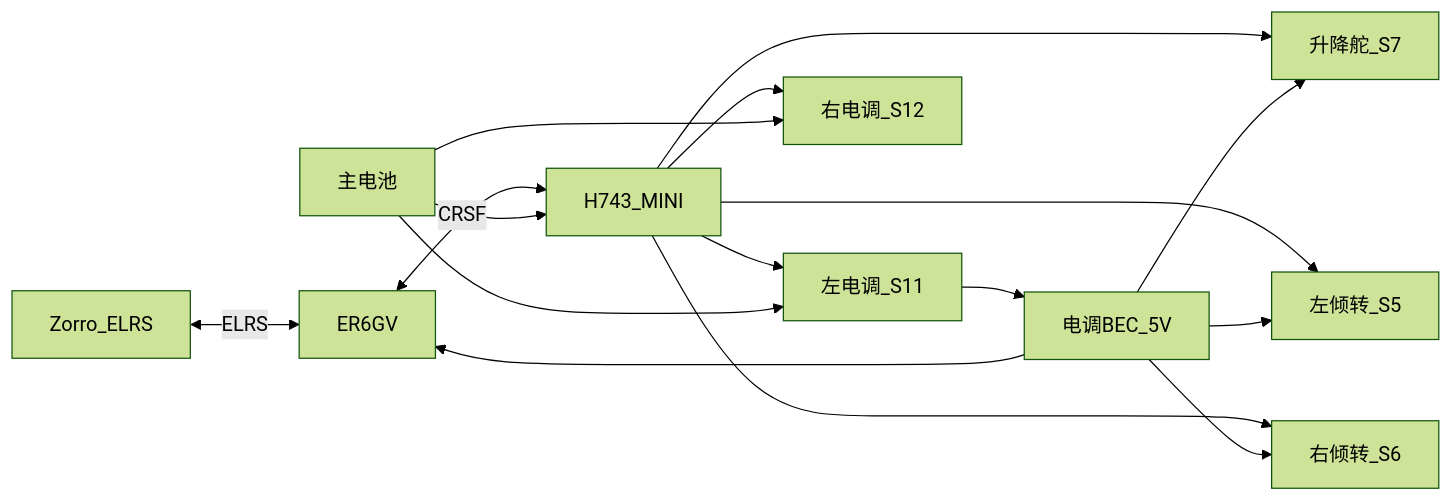
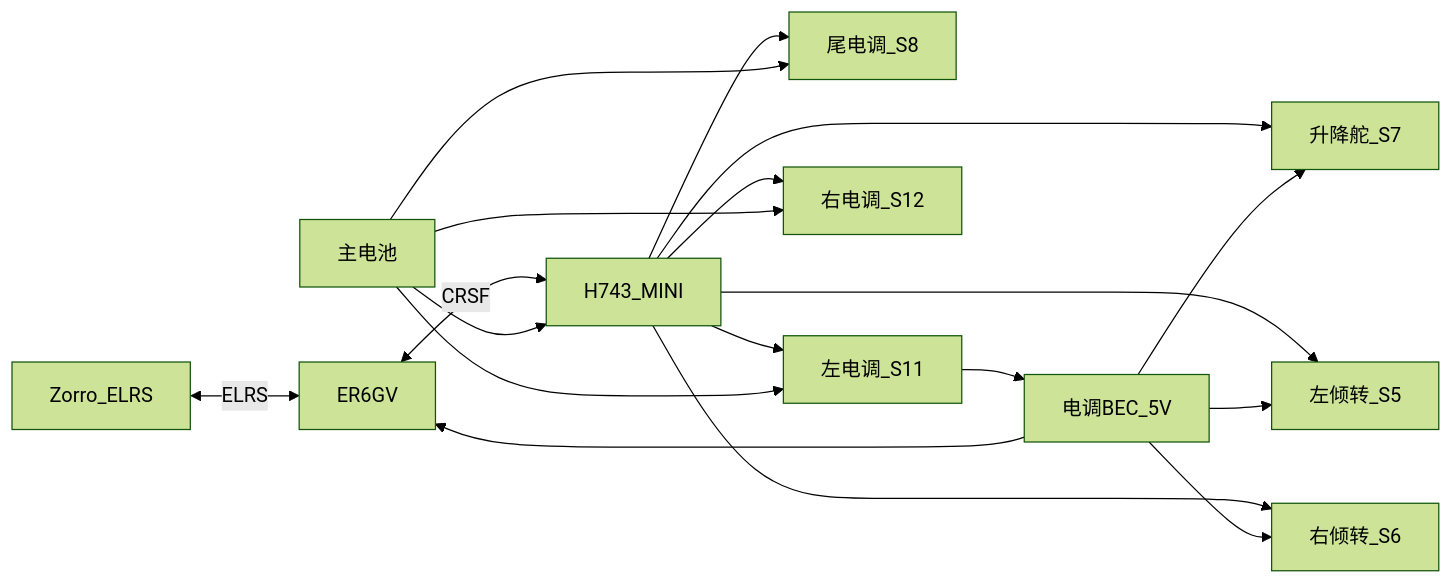
The second of 2 diagrams in docs/hardware.md (witon/TiltrotorAircraft), drawn with Mermaid (forest theme) before and after one commit. The commit also changed other lines of this file and 7 other files, not shown here.

````diff
--- a/docs/hardware.md
+++ b/docs/hardware.md
@@ -205,28 +211,31 @@
 ```mermaid
 flowchart LR
   zorro[Zorro_ELRS]
   rx[ER6GV]
   fc[H743_MINI]
   elev[升降舵_S7]
+  tail[尾电调_S8]
   tiltL[左倾转_S5]
   tiltR[右倾转_S6]
   motL[左电调_S11]
   motR[右电调_S12]
   batt[主电池]
   bec[电调BEC_5V]
   zorro <-->|ELRS| rx
   rx <-->|CRSF| fc
   fc --> elev
+  fc --> tail
   fc --> tiltL
   fc --> tiltR
   fc --> motL
   fc --> motR
   batt --> motL
   batt --> motR
+  batt --> tail
   batt --> fc
   motL --> bec
   bec --> elev
   bec --> tiltL
   bec --> tiltR
   bec --> rx
 ```
````
